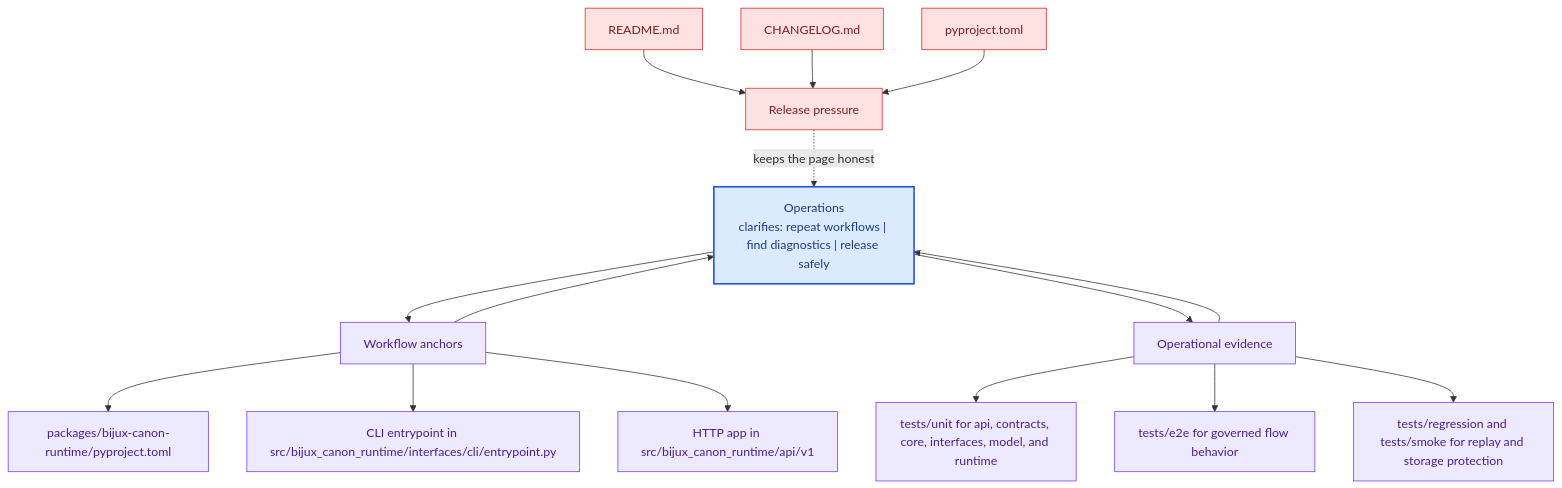
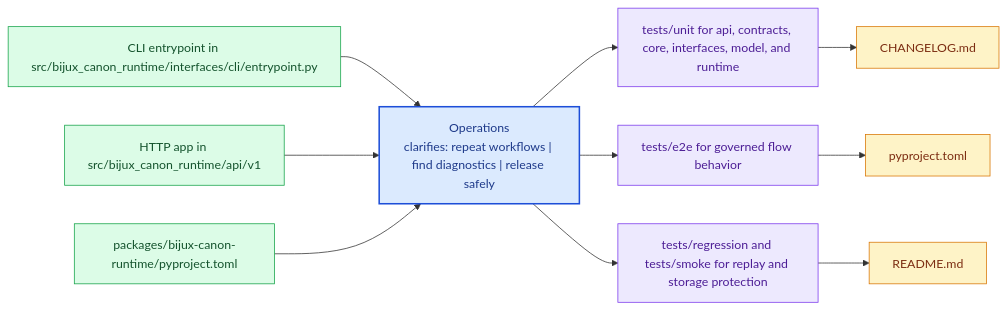
The diagram in docs/bijux-canon-runtime/operations/index.md (bijux/bijux-canon), drawn with Mermaid before and after one commit. The commit also changed other lines of this file and 281 other files, not shown here.

Commit message:
docs(diagrams): replace repeated mermaid scaffolds with page-specific summaries

````diff
--- a/docs/bijux-canon-runtime/operations/index.md
+++ b/docs/bijux-canon-runtime/operations/index.md
@@ -65,41 +20,31 @@
 ```mermaid
-flowchart TB
-    promise["Operations<br/>clarifies: repeat workflows | find diagnostics | release safely"]
-    classDef promise fill:#dbeafe,stroke:#1d4ed8,color:#1e3a8a,stroke-width:2px;
-    classDef driver fill:#dcfce7,stroke:#16a34a,color:#14532d;
-    classDef constraint fill:#fee2e2,stroke:#dc2626,color:#7f1d1d;
-    classDef ground fill:#ede9fe,stroke:#7c3aed,color:#4c1d95;
-    focus1["Workflow anchors"]
-    focus1 --> promise
-    promise --> focus1
-    focus1_1["packages/bijux-canon-runtime/pyproject.toml"]
-    focus1 --> focus1_1
-    focus1_2["CLI entrypoint in src/bijux_canon_runtime/interfaces/cli/entrypoint.py"]
-    focus1 --> focus1_2
-    focus1_3["HTTP app in src/bijux_canon_runtime/api/v1"]
-    focus1 --> focus1_3
-    class focus1 ground;
-    class focus1_1,focus1_2,focus1_3 ground;
-    focus2["Operational evidence"]
-    focus2 --> promise
-    promise --> focus2
-    focus2_1["tests/unit for api, contracts, core, interfaces, model, and runtime"]
-    focus2 --> focus2_1
-    focus2_2["tests/e2e for governed flow behavior"]
-    focus2 --> focus2_2
-    focus2_3["tests/regression and tests/smoke for replay and storage protection"]
-    focus2 --> focus2_3
-    class focus2 ground;
-    class focus2_1,focus2_2,focus2_3 ground;
-    focus3["Release pressure"]
-    focus3 -.keeps the page honest.-> promise
-    focus3_1["README.md"]
-    focus3_1 --> focus3
-    focus3_2["CHANGELOG.md"]
-    focus3_2 --> focus3
-    focus3_3["pyproject.toml"]
-    focus3_3 --> focus3
-    class focus3 constraint;
-    class focus3_1,focus3_2,focus3_3 constraint;
-    class promise promise;
+flowchart LR
+    page["Operations<br/>clarifies: repeat workflows | find diagnostics | release safely"]
+    classDef page fill:#dbeafe,stroke:#1d4ed8,color:#1e3a8a,stroke-width:2px;
+    classDef positive fill:#dcfce7,stroke:#16a34a,color:#14532d;
+    classDef caution fill:#fee2e2,stroke:#dc2626,color:#7f1d1d;
+    classDef anchor fill:#ede9fe,stroke:#7c3aed,color:#4c1d95;
+    classDef action fill:#fef3c7,stroke:#d97706,color:#7c2d12;
+    step1["CLI entrypoint in src/bijux_canon_runtime/interfaces/cli/entrypoint.py"]
+    step1 --> page
+    step2["HTTP app in src/bijux_canon_runtime/api/v1"]
+    step2 --> page
+    step3["packages/bijux-canon-runtime/pyproject.toml"]
+    step3 --> page
+    run1["tests/unit for api, contracts, core, interfaces, model, and runtime"]
+    page --> run1
+    run2["tests/e2e for governed flow behavior"]
+    page --> run2
+    run3["tests/regression and tests/smoke for replay and storage protection"]
+    page --> run3
+    release1["CHANGELOG.md"]
+    run1 --> release1
+    release2["pyproject.toml"]
+    run2 --> release2
+    release3["README.md"]
+    run3 --> release3
+    class page page;
+    class step1,step2,step3 positive;
+    class run1,run2,run3 anchor;
+    class release1,release2,release3 action;
 ```
````
